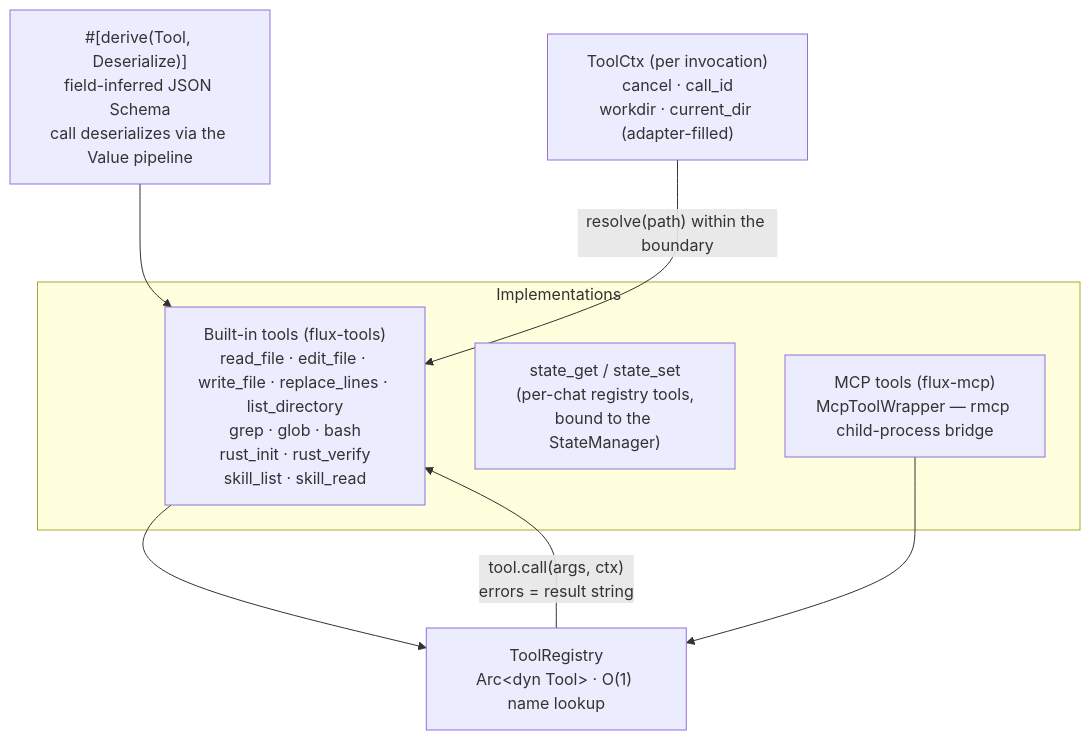
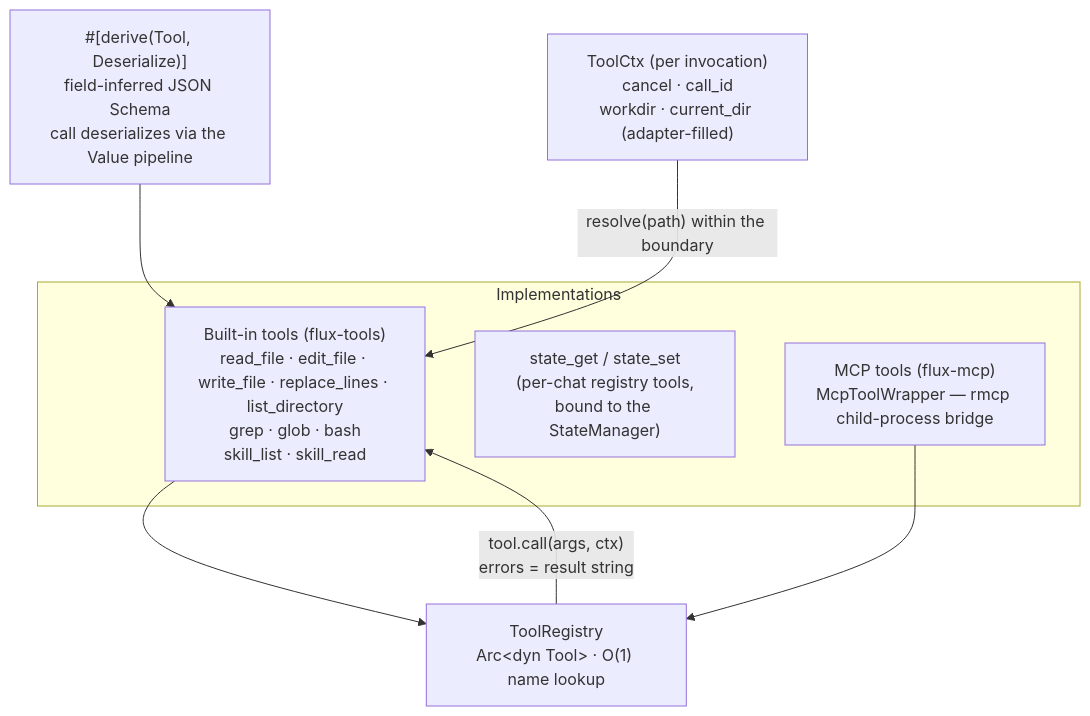
The fifth of 8 diagrams in docs/architecture-en.md (km0e/flux), drawn with Mermaid before and after one commit. The commit also changed other lines of this file and 167 other files, not shown here.

````diff
--- a/docs/architecture-en.md
+++ b/docs/architecture-en.md
@@ -234,16 +236,16 @@
 ```mermaid
 graph TB
  MACRO["#[derive(Tool, Deserialize)]<br/>field-inferred JSON Schema<br/>call deserializes via the Value pipeline"]
  subgraph IMPL["Implementations"]
- BUILTIN["Built-in tools (flux-tools)<br/>read_file · edit_file · write_file · replace_lines · list_directory<br/>grep · glob · bash<br/>rust_init · rust_verify<br/>skill_list · skill_read"]
+ BUILTIN["Built-in tools (flux-tools)<br/>read_file · edit_file · write_file · replace_lines · list_directory<br/>grep · glob · bash<br/>skill_list · skill_read"]
  STATE["state_get / state_set<br/>(per-chat registry tools,<br/>bound to the StateManager)"]
  MCPT["MCP tools (flux-mcp)<br/>McpToolWrapper — rmcp child-process bridge"]
  end
  REG["ToolRegistry<br/>Arc&lt;dyn Tool&gt; · O(1) name lookup"]
  CTX["ToolCtx (per invocation)<br/>cancel · call_id<br/>workdir · current_dir (adapter-filled)"]
  MACRO --> BUILTIN
  BUILTIN --> REG
  MCPT --> REG
  REG -->|"tool.call(args, ctx)<br/>errors = result string"| BUILTIN
  CTX -->|"resolve(path) within the boundary"| BUILTIN
 ```
````
